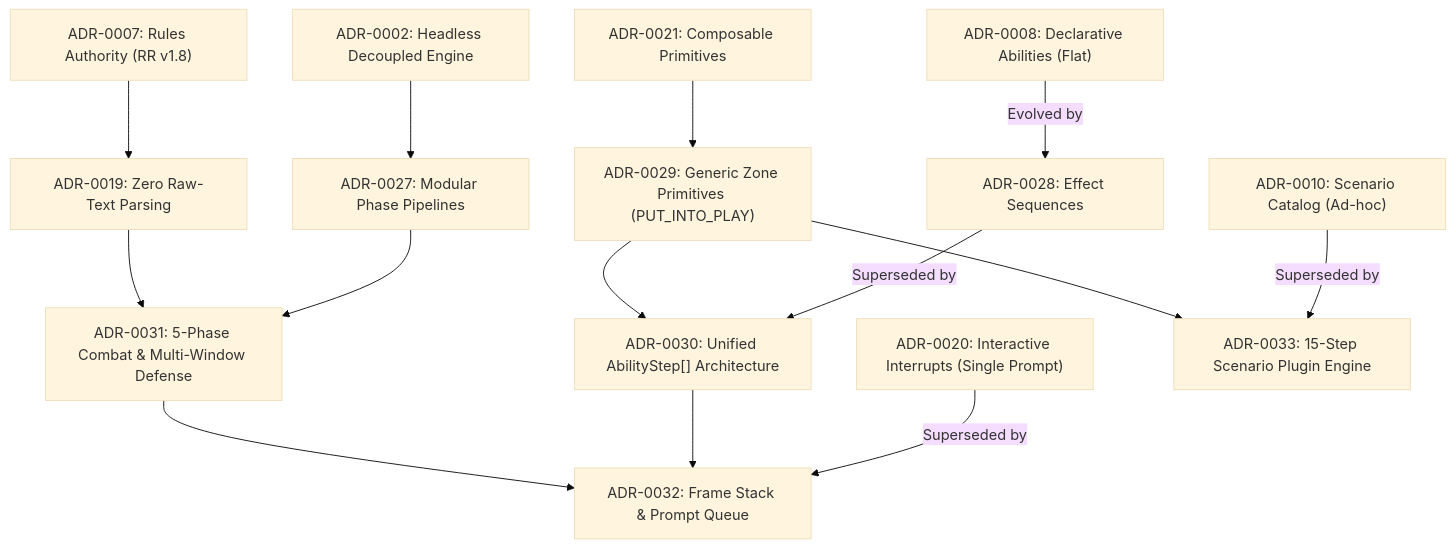
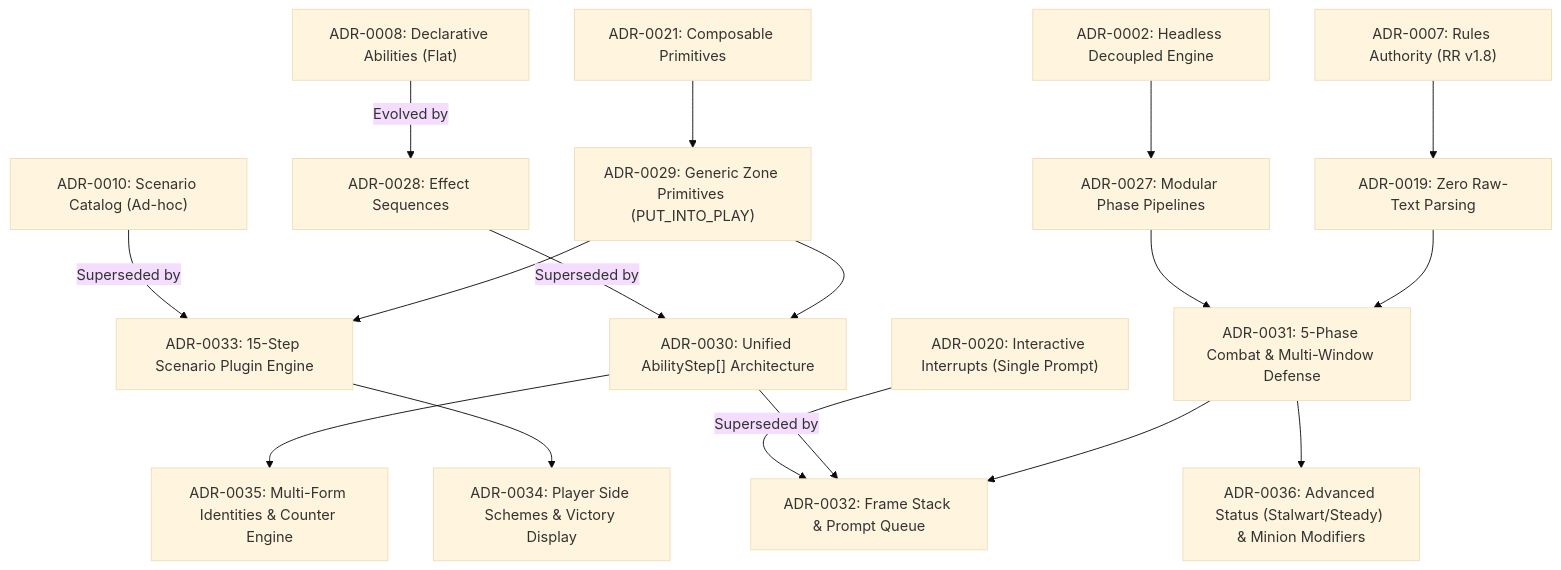
One commit to SteveRodrigue/MCD changed the diagram in docs/decisions/README.md. Above: the diagram before and after it, drawn with Mermaid (base theme). The commit also changed other lines of this file and 14 other files, not shown here.

Commit message:
docs(roadmap): create ADR-0034, ADR-0035, ADR-0036 and expand roadmap for 170-pack catalog capabilities

````diff
--- a/docs/decisions/README.md
+++ b/docs/decisions/README.md
@@ -20,25 +20,30 @@
 ```mermaid
 graph TD
     %% Foundation & Core Invariants
     ADR02["ADR-0002: Headless Decoupled Engine"] --> ADR27["ADR-0027: Modular Phase Pipelines"]
     ADR07["ADR-0007: Rules Authority (RR v1.8)"] --> ADR19["ADR-0019: Zero Raw-Text Parsing"]
     
     %% Ability & Schema Lineage
     ADR08["ADR-0008: Declarative Abilities (Flat)"] -->|Evolved by| ADR28["ADR-0028: Effect Sequences"]
     ADR28 -->|Superseded by| ADR30["ADR-0030: Unified AbilityStep[] Architecture"]
     ADR21["ADR-0021: Composable Primitives"] --> ADR29["ADR-0029: Generic Zone Primitives (PUT_INTO_PLAY)"]
     ADR29 --> ADR30
     
     %% Combat & Defense Lineage
     ADR27 --> ADR31["ADR-0031: 5-Phase Combat & Multi-Window Defense"]
     ADR19 --> ADR31
     
     %% Resolution Stack Lineage
     ADR20["ADR-0020: Interactive Interrupts (Single Prompt)"] -->|Superseded by| ADR32["ADR-0032: Frame Stack & Prompt Queue"]
     ADR30 --> ADR32
     ADR31 --> ADR32
     
     %% Scenario Setup Lineage
     ADR10["ADR-0010: Scenario Catalog (Ad-hoc)"] -->|Superseded by| ADR33["ADR-0033: 15-Step Scenario Plugin Engine"]
     ADR29 --> ADR33
+    ADR33 --> ADR34["ADR-0034: Player Side Schemes & Victory Display"]
+    
+    %% Advanced Expansion Lineage
+    ADR30 --> ADR35["ADR-0035: Multi-Form Identities & Counter Engine"]
+    ADR31 --> ADR36["ADR-0036: Advanced Status (Stalwart/Steady) & Minion Modifiers"]
 ```
````
